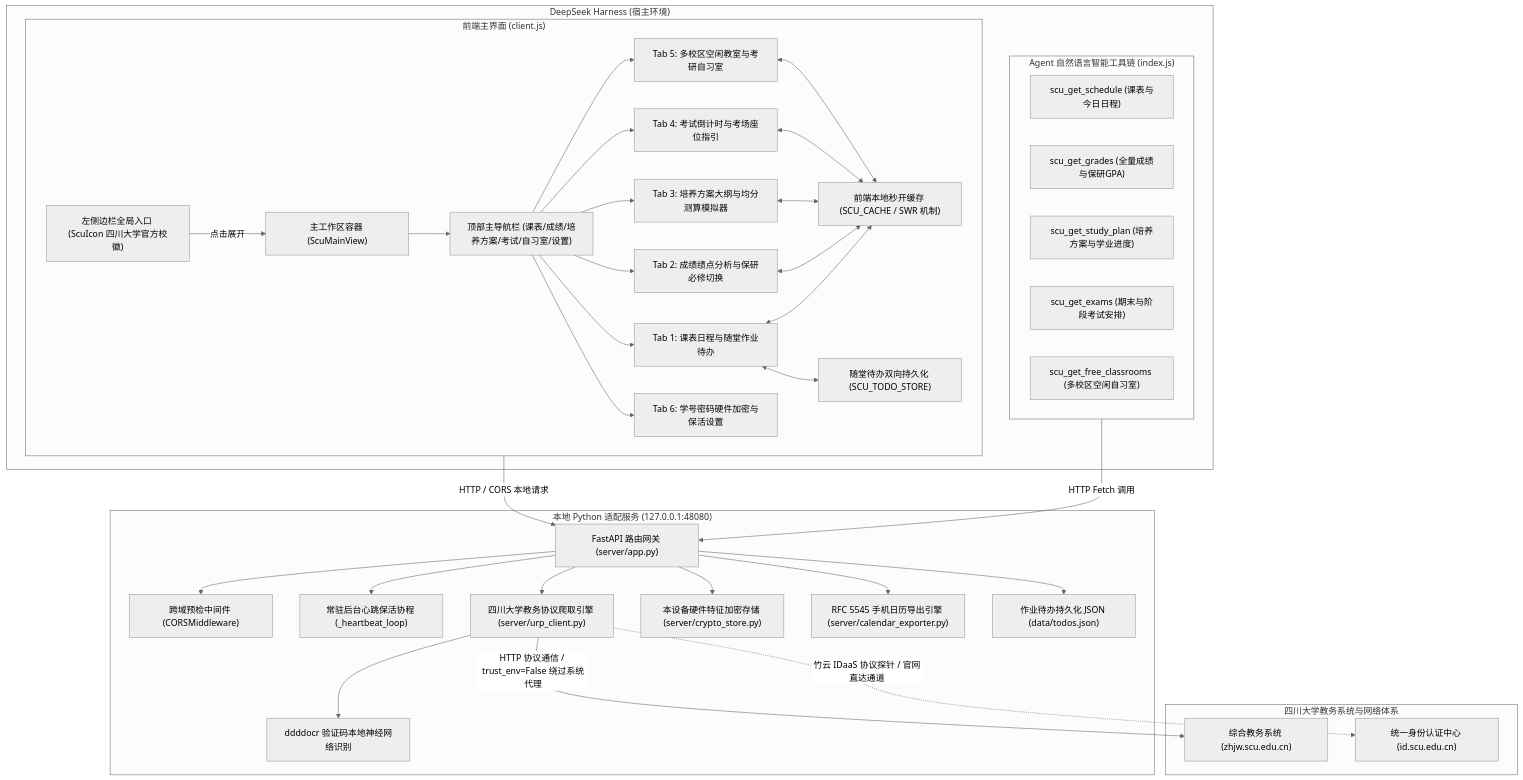
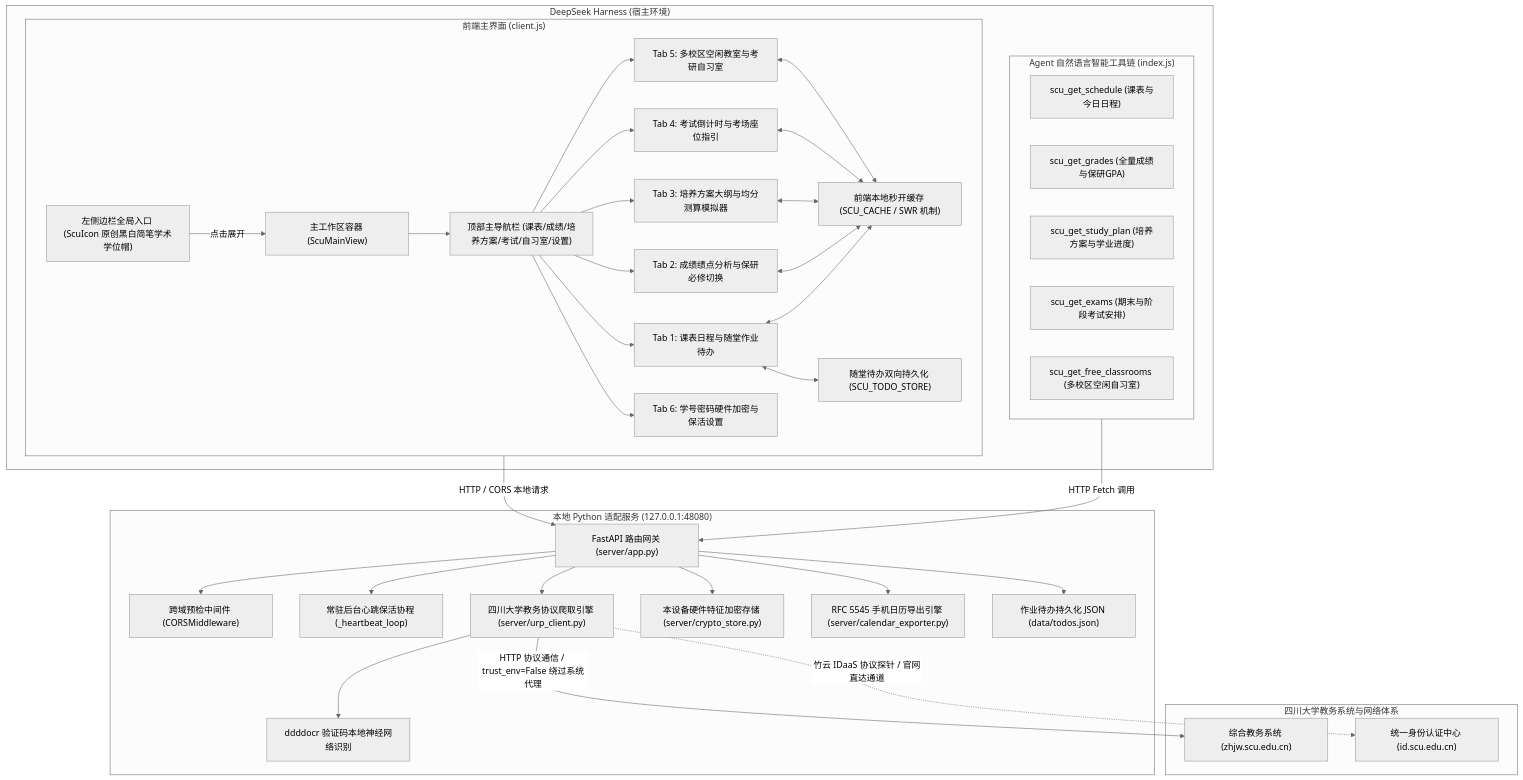
Before and after one commit to AR-26710-1/dsh-plugin-scu-urp: the diagram in PROJECT_STRUCTURE.md, drawn with Mermaid (neutral theme). The commit also changed other lines of this file and 5 other files, not shown here.

Commit message:
chore: 替换官方校徽为原创黑白极简学术图标并补齐开源合规许可声明

````diff
--- a/PROJECT_STRUCTURE.md
+++ b/PROJECT_STRUCTURE.md
@@ -22,73 +22,73 @@
 ```mermaid
 flowchart TD
     subgraph DSH["DeepSeek Harness (宿主环境)"]
         subgraph FrontEnd["前端主界面 (client.js)"]
-            SidebarBtn["左侧边栏全局入口 (ScuIcon 四川大学官方校徽)"]
+            SidebarBtn["左侧边栏全局入口 (ScuIcon 原创黑白简笔学术学位帽)"]
             MainView["主工作区容器 (ScuMainView)"]
             TabBar["顶部主导航栏 (课表/成绩/培养方案/考试/自习室/设置)"]
             
             TabSchedule["Tab 1: 课表日程与随堂作业待办"]
             TabGrades["Tab 2: 成绩绩点分析与保研必修切换"]
             TabPlan["Tab 3: 培养方案大纲与均分测算模拟器"]
             TabExams["Tab 4: 考试倒计时与考场座位指引"]
             TabRooms["Tab 5: 多校区空闲教室与考研自习室"]
             TabSettings["Tab 6: 学号密码硬件加密与保活设置"]
             
             SidebarBtn -->|点击展开| MainView
             MainView --> TabBar
             TabBar --> TabSchedule
             TabBar --> TabGrades
             TabBar --> TabPlan
             TabBar --> TabExams
             TabBar --> TabRooms
             TabBar --> TabSettings
             
             Cache["前端本地秒开缓存 (SCU_CACHE / SWR 机制)"]
             TodoStore["随堂待办双向持久化 (SCU_TODO_STORE)"]
             
             TabSchedule <--> Cache
             TabSchedule <--> TodoStore
             TabGrades <--> Cache
             TabPlan <--> Cache
             TabExams <--> Cache
             TabRooms <--> Cache
         end
         
         subgraph AgentTools["Agent 自然语言智能工具链 (index.js)"]
             T1["scu_get_schedule (课表与今日日程)"]
             T2["scu_get_grades (全量成绩与保研GPA)"]
             T3["scu_get_study_plan (培养方案与学业进度)"]
             T4["scu_get_exams (期末与阶段考试安排)"]
             T5["scu_get_free_classrooms (多校区空闲自习室)"]
         end
     end
 
     subgraph Backend["本地 Python 适配服务 (127.0.0.1:48080)"]
         FastAPI["FastAPI 路由网关 (server/app.py)"]
         CORS["跨域预检中间件 (CORSMiddleware)"]
         Heartbeat["常驻后台心跳保活协程 (_heartbeat_loop)"]
         Client["四川大学教务协议爬取引擎 (server/urp_client.py)"]
         OCR["ddddocr 验证码本地神经网络识别"]
         Store["本设备硬件特征加密存储 (server/crypto_store.py)"]
         ICS["RFC 5545 手机日历导出引擎 (server/calendar_exporter.py)"]
         TodosData["作业待办持久化 JSON (data/todos.json)"]
         
         FastAPI --> CORS
         FastAPI --> Heartbeat
         FastAPI --> Client
         FastAPI --> Store
         FastAPI --> ICS
         FastAPI --> TodosData
         Client --> OCR
     end
 
     subgraph Remote["四川大学教务系统与网络体系"]
         URP["综合教务系统 (zhjw.scu.edu.cn)"]
         SSO["统一身份认证中心 (id.scu.edu.cn)"]
     end
 
     FrontEnd -->|HTTP / CORS 本地请求| FastAPI
     AgentTools -->|HTTP Fetch 调用| FastAPI
     Client -->|HTTP 协议通信 / trust_env=False 绕过系统代理| URP
     Client -.->|竹云 IDaaS 协议探针 / 官网直达通道| SSO
 ```
````
